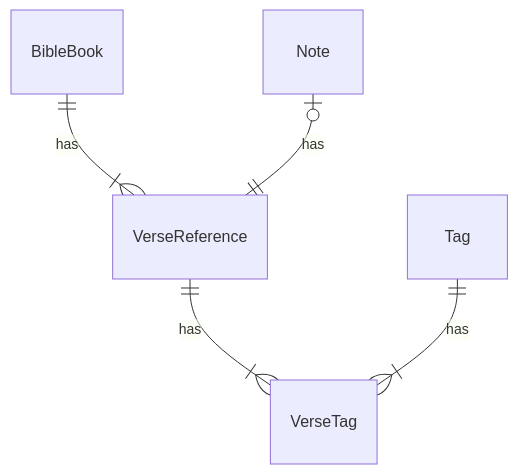
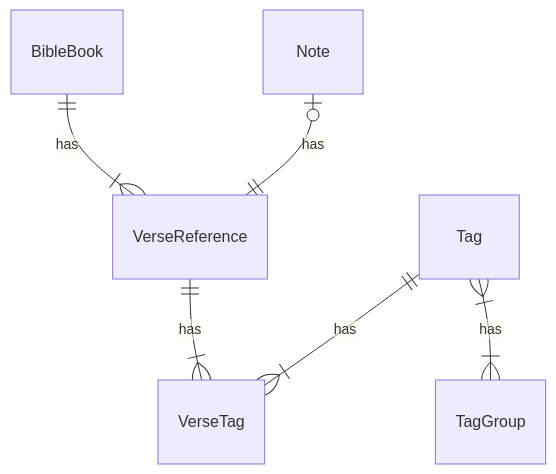
Before and after one commit to ezra-bible-app/ezra-bible-app: the second of 2 diagrams in DESIGN.md, drawn with Mermaid.

```diff
--- a/DESIGN.md
+++ b/DESIGN.md
@@ -136,7 +136,8 @@
 <div class="mermaid">
 erDiagram
     BibleBook                 ||--|{    VerseReference      : has
     Note                      o|--||    VerseReference      : has
     VerseReference            ||--|{    VerseTag            : has
     Tag                       ||--|{    VerseTag            : has
+    Tag                       }|--|{    TagGroup            : has
 </div>
```
